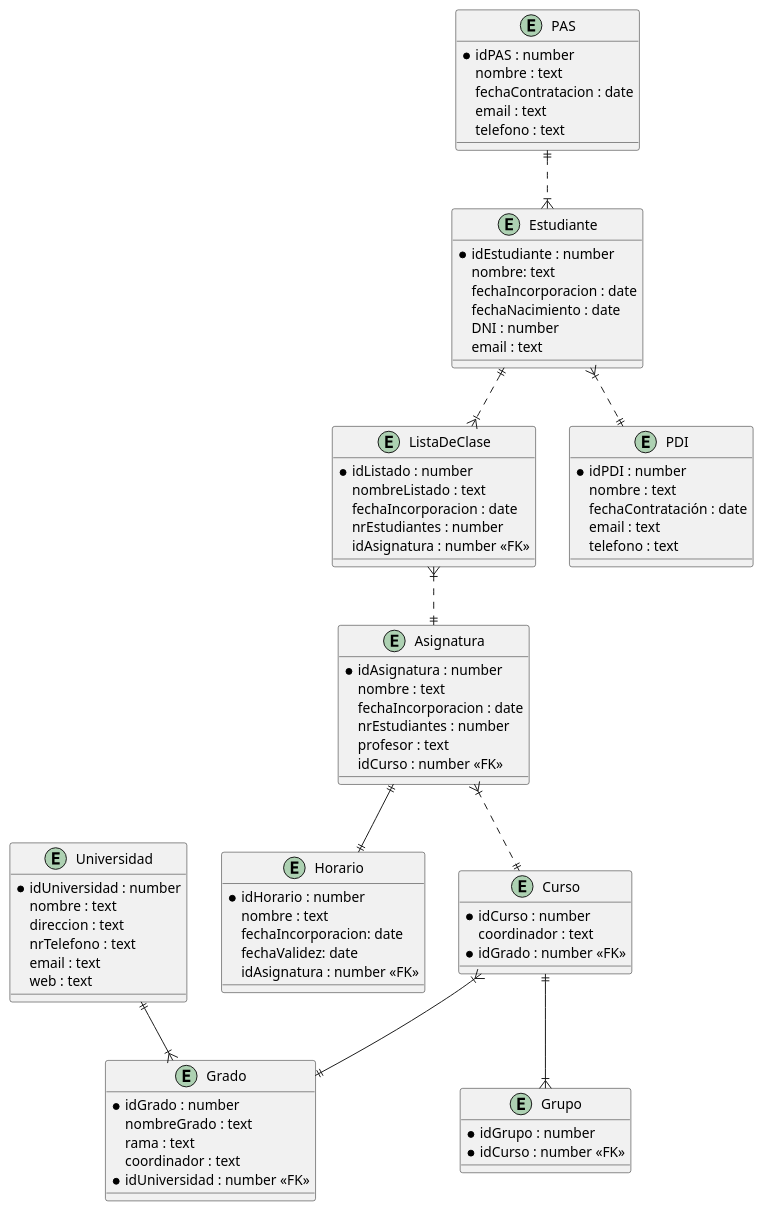
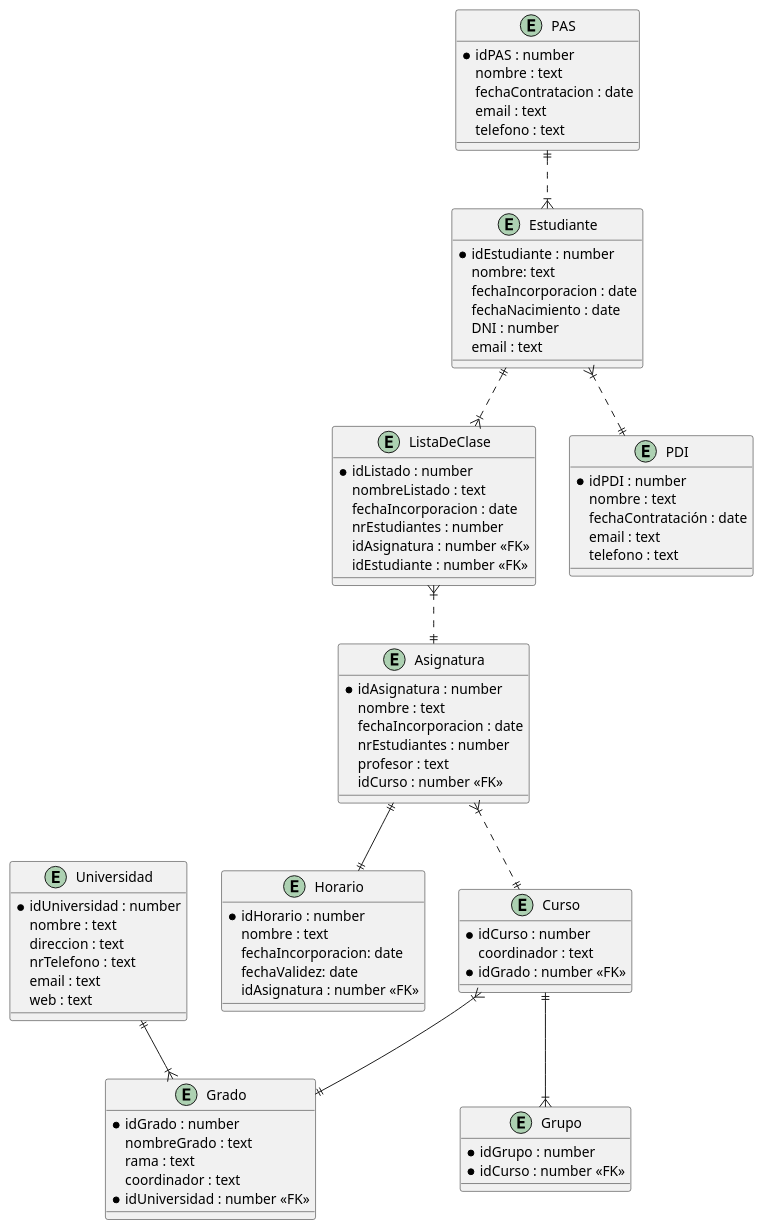
The diagram in lab1/src/supuesto1E-R.puml (it557/INRE-UAL-BLANCO-2022), drawn with PlantUML before and after one commit. The commit also changed 3 other files, not shown here.

```diff
--- a/lab1/src/supuesto1E-R.puml
+++ b/lab1/src/supuesto1E-R.puml
@@ -1,114 +1,115 @@
 @startuml supuesto1E-R
 
 entity "Horario" as Horario{
     * idHorario : number
     nombre : text
     fechaIncorporacion: date
     fechaValidez: date
     idAsignatura : number <<FK>>
 }
 
 entity "Estudiante" as Estudiante{
     * idEstudiante : number
     nombre: text
     fechaIncorporacion : date
     fechaNacimiento : date
     DNI : number
     email : text
 }
 
 entity "ListaDeClase" as ListaDeClase{
     * idListado : number
     nombreListado : text
     fechaIncorporacion : date
     nrEstudiantes : number
     idAsignatura : number <<FK>>
+    idEstudiante : number <<FK>>
 }
 
 entity "Asignatura" as Asignatura{
     * idAsignatura : number
     nombre : text
     fechaIncorporacion : date
     nrEstudiantes : number
     profesor : text
     idCurso : number <<FK>>
 }
 
 entity "PDI" as PDI{
     * idPDI : number
     nombre : text
     fechaContratación : date
     email : text
     telefono : text
 }
 
 entity "PAS" as PAS{
     * idPAS : number
     nombre : text
     fechaContratacion : date
     email : text
     telefono : text
 }
 
 entity "Curso" as Curso{
     * idCurso : number
     coordinador : text
     * idGrado : number <<FK>>
 }
 
 entity "Grupo" as Grupo{
     * idGrupo : number
     * idCurso : number <<FK>>
 }
 
 entity "Grado" as Grado{
     * idGrado : number
     nombreGrado : text
     rama : text
     coordinador : text
     * idUniversidad : number <<FK>>
 }
 
 entity "Universidad" as Universidad{
     * idUniversidad : number
     nombre : text
     direccion : text
     nrTelefono : text
     email : text
     web : text
 }
 
 PAS ||..|{ Estudiante
 Estudiante }|..|| PDI
 
 Estudiante ||..|{ ListaDeClase
 ListaDeClase }|..|| Asignatura
 
 Asignatura }|..|| Curso
 
 Curso }|--|| Grado
 
 Universidad ||--|{ Grado
 
 Curso ||--|{ Grupo
 
 Asignatura ||--|| Horario
 
 
 
 
 
 
 
 
 
 
 
 
 
 
 
 
 
 
 @enduml
```
